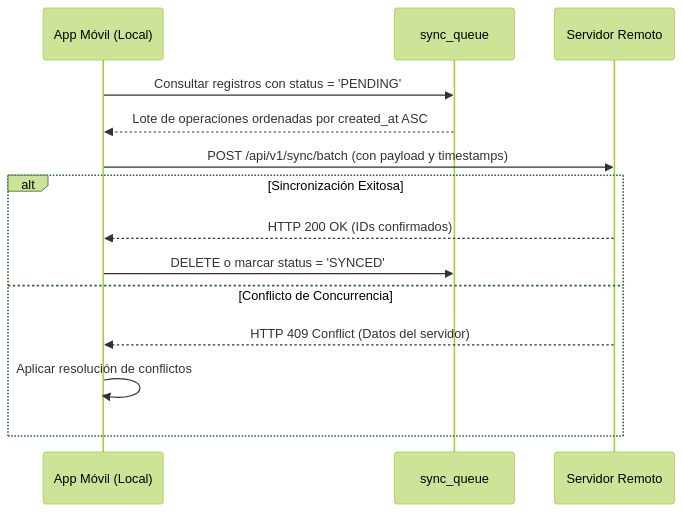
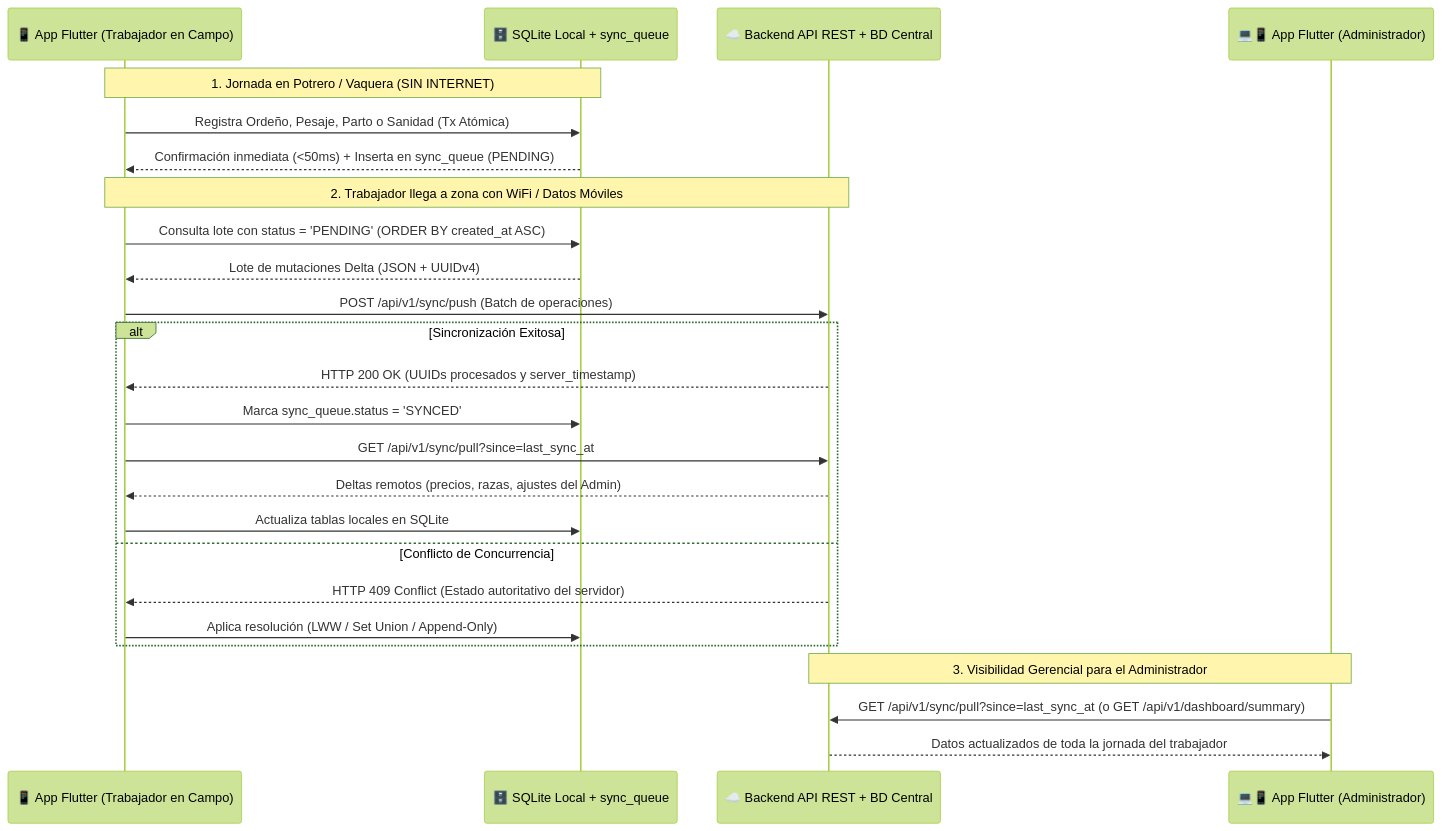
Before and after one commit to johandmaldonadop/FincaControl: the diagram in agentes/skills/fincacontrol-offline-sync/SKILL.md, drawn with Mermaid (forest theme). The commit also changed other lines of this file and 23 other files, not shown here.

````diff
--- a/agentes/skills/fincacontrol-offline-sync/SKILL.md
+++ b/agentes/skills/fincacontrol-offline-sync/SKILL.md
@@ -100,17 +33,30 @@
 ```mermaid
 sequenceDiagram
-    participant App as App Móvil (Local)
-    participant Queue as sync_queue
-    participant API as Servidor Remoto
-    
-    App->>Queue: Consultar registros con status = 'PENDING'
-    Queue-->>App: Lote de operaciones ordenadas por created_at ASC
-    App->>API: POST /api/v1/sync/batch (con payload y timestamps)
+    participant Op as 📱 App Flutter (Trabajador en Campo)
+    participant SQL as 🗄️ SQLite Local + sync_queue
+    participant API as ☁️ Backend API REST + BD Central
+    participant Adm as 💻📱 App Flutter (Administrador)
+
+    Note over Op,SQL: 1. Jornada en Potrero / Vaquera (SIN INTERNET)
+    Op->>SQL: Registra Ordeño, Pesaje, Parto o Sanidad (Tx Atómica)
+    SQL-->>Op: Confirmación inmediata (<50ms) + Inserta en sync_queue (PENDING)
+
+    Note over Op,API: 2. Trabajador llega a zona con WiFi / Datos Móviles
+    Op->>SQL: Consulta lote con status = 'PENDING' (ORDER BY created_at ASC)
+    SQL-->>Op: Lote de mutaciones Delta (JSON + UUIDv4)
+    Op->>API: POST /api/v1/sync/push (Batch de operaciones)
     alt Sincronización Exitosa
-        API-->>App: HTTP 200 OK (IDs confirmados)
-        App->>Queue: DELETE o marcar status = 'SYNCED'
+        API-->>Op: HTTP 200 OK (UUIDs procesados y server_timestamp)
+        Op->>SQL: Marca sync_queue.status = 'SYNCED'
+        Op->>API: GET /api/v1/sync/pull?since=last_sync_at
+        API-->>Op: Deltas remotos (precios, razas, ajustes del Admin)
+        Op->>SQL: Actualiza tablas locales en SQLite
     else Conflicto de Concurrencia
-        API-->>App: HTTP 409 Conflict (Datos del servidor)
-        App->>App: Aplicar resolución de conflictos
+        API-->>Op: HTTP 409 Conflict (Estado autoritativo del servidor)
+        Op->>SQL: Aplica resolución (LWW / Set Union / Append-Only)
     end
+
+    Note over API,Adm: 3. Visibilidad Gerencial para el Administrador
+    Adm->>API: GET /api/v1/sync/pull?since=last_sync_at (o GET /api/v1/dashboard/summary)
+    API-->>Adm: Datos actualizados de toda la jornada del trabajador
 ```
````
